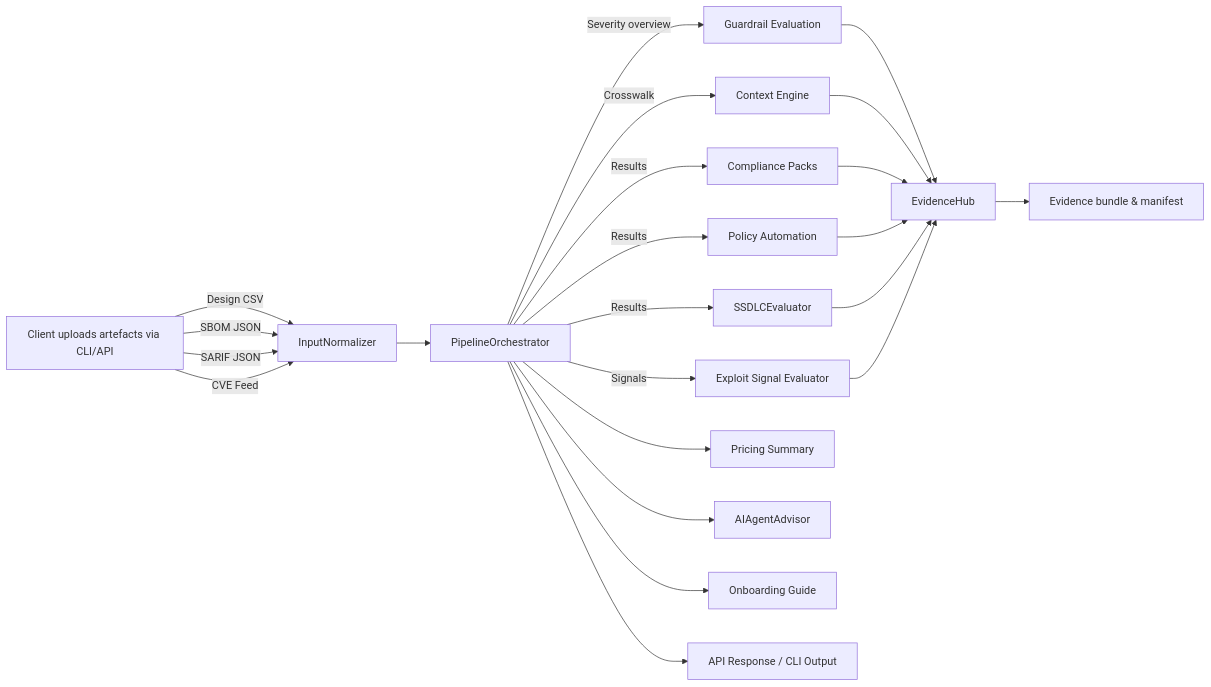
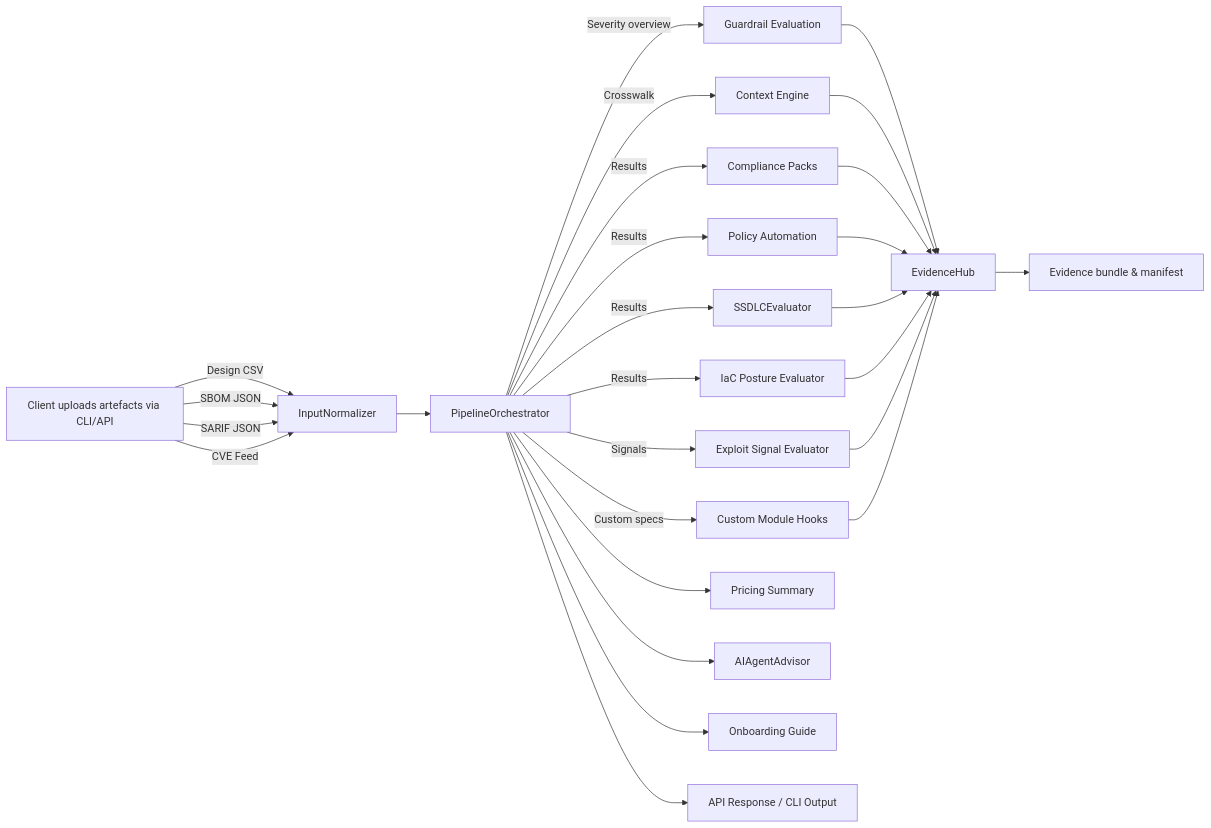
The diagram in docs/PLATFORM_RUNBOOK.md (DevOpsMadDog/Fixops), drawn with Mermaid before and after one commit. The commit also changed other lines of this file and 12 other files, not shown here.

````diff
--- a/docs/PLATFORM_RUNBOOK.md
+++ b/docs/PLATFORM_RUNBOOK.md
@@ -21,25 +23,29 @@
 ```mermaid
 flowchart LR
     A[Client uploads artefacts via CLI/API] -->|Design CSV| B[InputNormalizer]
     A -->|SBOM JSON| B
     A -->|SARIF JSON| B
     A -->|CVE Feed| B
     B --> C[PipelineOrchestrator]
     C -->|Severity overview| D[Guardrail Evaluation]
     C -->|Crosswalk| E[Context Engine]
     C -->|Results| F[Compliance Packs]
     C -->|Results| G[Policy Automation]
     C -->|Results| H[SSDLCEvaluator]
+    C -->|Results| P[IaC Posture Evaluator]
     C -->|Signals| O[Exploit Signal Evaluator]
+    C -->|Custom specs| Q[Custom Module Hooks]
     D --> I[EvidenceHub]
     E --> I
     F --> I
     G --> I
     H --> I
+    P --> I
     O --> I
+    Q --> I
     I --> J[Evidence bundle & manifest]
     C --> K[Pricing Summary]
     C --> L[AIAgentAdvisor]
     C --> M[Onboarding Guide]
     C --> N[API Response / CLI Output]
 ```
````
